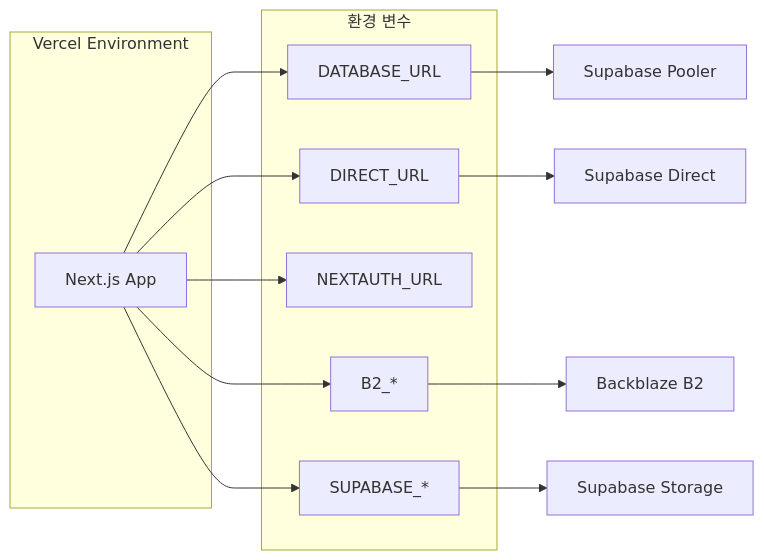
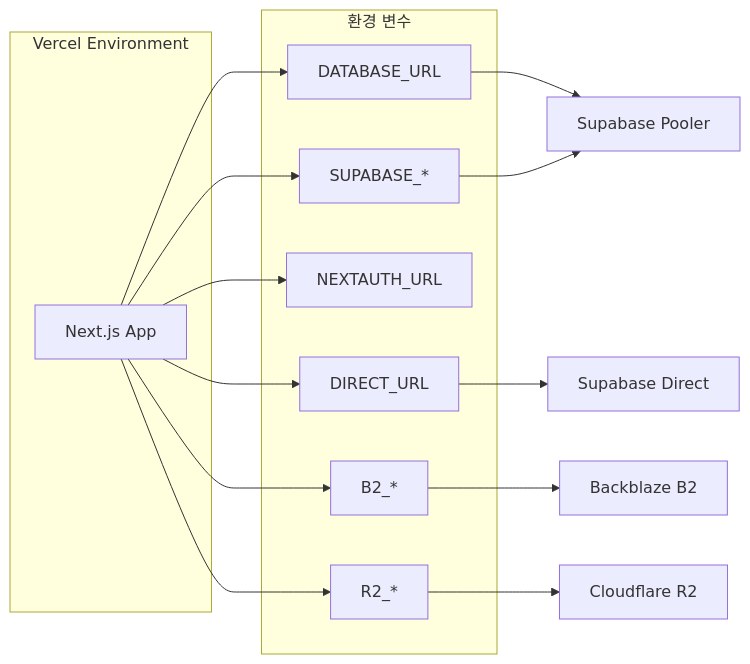
One commit to penta-design5/design5 changed the second of 2 diagrams in docs/INFRASTRUCTURE.md. Above: the diagram before and after it, drawn with Mermaid. The commit also changed other lines of this file and 8 other files, not shown here.

````diff
--- a/docs/INFRASTRUCTURE.md
+++ b/docs/INFRASTRUCTURE.md
@@ -87,25 +99,28 @@
 ```mermaid
 flowchart LR
   subgraph vercel [Vercel Environment]
     V[Next.js App]
   end
 
   subgraph env [환경 변수]
     E1[DATABASE_URL]
     E2[DIRECT_URL]
     E3[NEXTAUTH_URL]
     E4[B2_*]
-    E5[SUPABASE_*]
+    E5[R2_*]
+    E6[SUPABASE_*]
   end
 
   V --> E1
   V --> E2
   V --> E3
   V --> E4
   V --> E5
+  V --> E6
 
   E1 --> Pooler[Supabase Pooler]
   E2 --> PgSQL[Supabase Direct]
   E4 --> B2[Backblaze B2]
-  E5 --> Storage[Supabase Storage]
+  E5 --> R2[Cloudflare R2]
+  E6 --> Pooler
 ```
````
